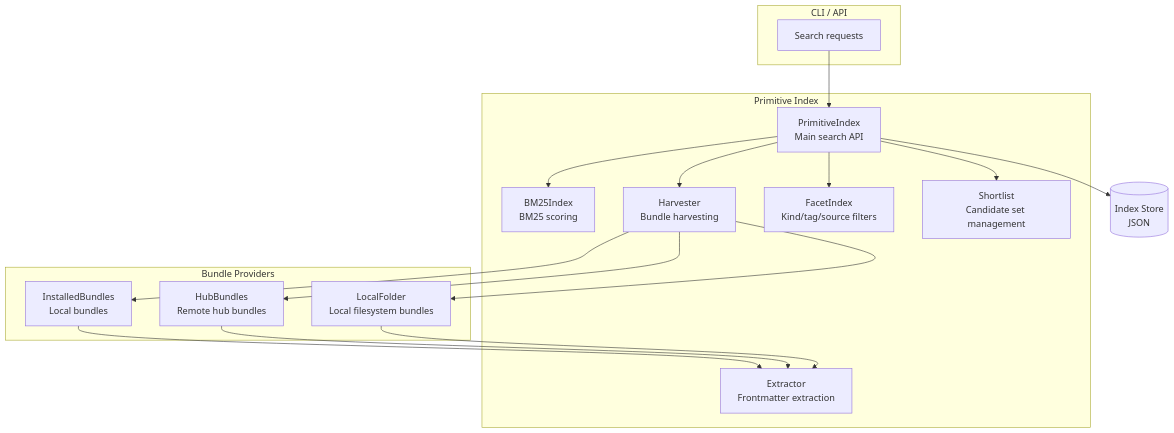
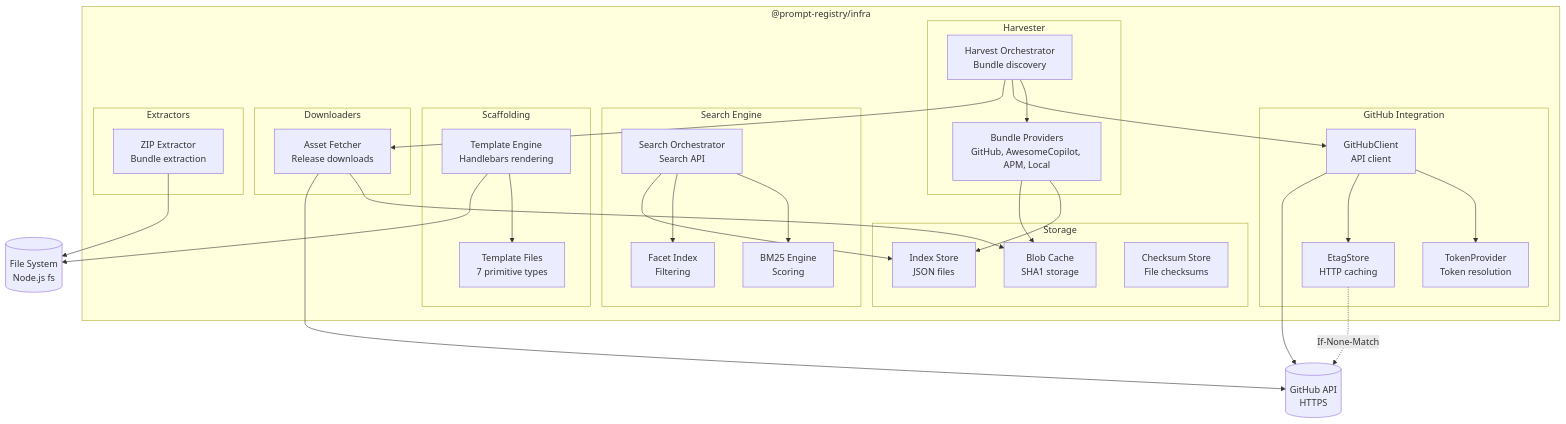
The second of 6 diagrams in docs/library-centric-architecture/component.md (gblanc-1a/prompt-registry), drawn with Mermaid before and after one commit. The commit also changed other lines of this file and 4 other files, not shown here.

First line of the commit message:
docs: update C4 architecture documentation for current packages

````diff
--- a/docs/library-centric-architecture/component.md
+++ b/docs/library-centric-architecture/component.md
@@ -48,38 +98,68 @@
 ```mermaid
 flowchart TB
-    subgraph API["CLI / API"]
-        cli[Search requests]
+    subgraph Infra["@prompt-registry/infra"]
+        subgraph GitHub["GitHub Integration"]
+            client[GitHubClient<br/>API client]
+            token[TokenProvider<br/>Token resolution]
+            etag[EtagStore<br/>HTTP caching]
+        end
+
+        subgraph Harvester["Harvester"]
+            providers[Bundle Providers<br/>GitHub, AwesomeCopilot, APM, Local]
+            harvestOrch[Harvest Orchestrator<br/>Bundle discovery]
+        end
+
+        subgraph Search["Search Engine"]
+            bm25[BM25 Engine<br/>Scoring]
+            facets[Facet Index<br/>Filtering]
+            searchOrch[Search Orchestrator<br/>Search API]
+        end
+
+        subgraph Stores["Storage"]
+            indexStore[Index Store<br/>JSON files]
+            blobCache[Blob Cache<br/>SHA1 storage]
+            checksumStore[Checksum Store<br/>File checksums]
+        end
+
+        subgraph Scaffolding["Scaffolding"]
+            templateEngine[Template Engine<br/>Handlebars rendering]
+            templates[Template Files<br/>7 primitive types]
+        end
+
+        subgraph Downloaders["Downloaders"]
+            assetFetcher[Asset Fetcher<br/>Release downloads]
+        end
+
+        subgraph Extractors["Extractors"]
+            zipExtractor[ZIP Extractor<br/>Bundle extraction]
+        end
     end
 
-    subgraph Index["Primitive Index"]
-        primIndex[PrimitiveIndex<br/>Main search API]
-        bm25[BM25Index<br/>BM25 scoring]
-        extract[Extractor<br/>Frontmatter extraction]
-        harvester[Harvester<br/>Bundle harvesting]
-        facets[FacetIndex<br/>Kind/tag/source filters]
-        shortlist[Shortlist<br/>Candidate set management]
-    end
+    GitHubAPI[(GitHub API<br/>HTTPS)]
+    FS[(File System<br/>Node.js fs)]
 
-    subgraph Providers["Bundle Providers"]
-        installed[InstalledBundles<br/>Local bundles]
-        hubBundles[HubBundles<br/>Remote hub bundles]
-        localFolder[LocalFolder<br/>Local filesystem bundles]
-    end
+    client --> token
+    client --> etag
+    client --> GitHubAPI
 
-    Store[(Index Store<br/>JSON)]
+    harvestOrch --> providers
+    harvestOrch --> client
+    harvestOrch --> assetFetcher
 
-    cli --> primIndex
-    primIndex --> bm25
-    primIndex --> facets
-    primIndex --> shortlist
-    primIndex --> harvester
-    primIndex --> Store
+    searchOrch --> bm25
+    searchOrch --> facets
+    searchOrch --> indexStore
 
-    harvester --> installed
-    harvester --> hubBundles
-    harvester --> localFolder
+    providers --> indexStore
+    providers --> blobCache
 
-    installed --> extract
-    hubBundles --> extract
-    localFolder --> extract
+    etag -. "If-None-Match" .-> GitHubAPI
+
+    assetFetcher --> blobCache
+    assetFetcher --> GitHubAPI
+
+    templateEngine --> templates
+    templateEngine --> FS
+
+    zipExtractor --> FS
 ```
````
